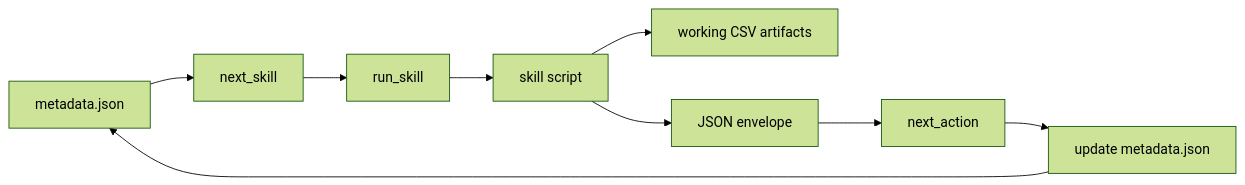
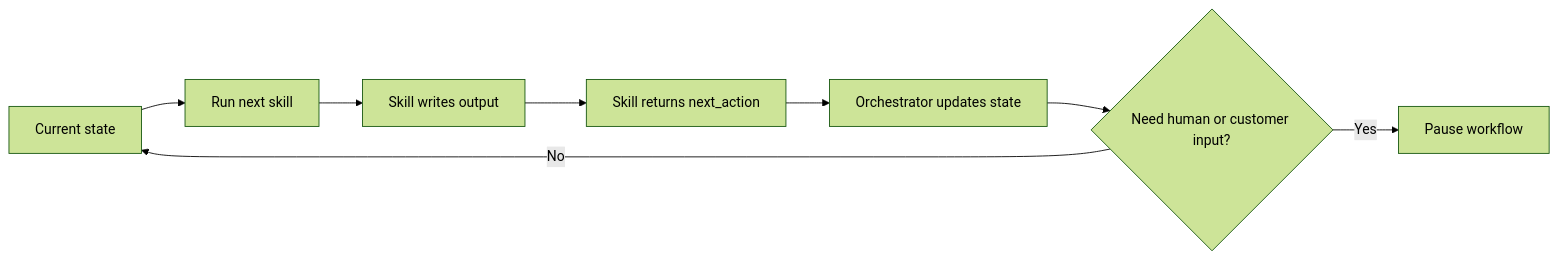
Before and after one commit to rsm-genai-2026/customer-ticket-process-rag: the diagram in slides/ticket-workflow-orchestration.qmd, drawn with Mermaid (forest theme). The commit also changed other lines of this file and 12 other files, not shown here.

````diff
--- a/slides/ticket-workflow-orchestration.qmd
+++ b/slides/ticket-workflow-orchestration.qmd
@@ -226,11 +401,10 @@
 ```mermaid
 flowchart LR
-  A[metadata.json] --> B[next_skill]
-  B --> C[run_skill]
-  C --> D[skill script]
-  D --> E[working CSV artifacts]
-  D --> F[JSON envelope]
-  F --> G[next_action]
-  G --> H[update metadata.json]
-  H --> A
+  A[Current state] --> B[Run next skill]
+  B --> C[Skill writes output]
+  C --> D[Skill returns next_action]
+  D --> E[Orchestrator updates state]
+  E --> F{Need human or customer input?}
+  F -->|No| A
+  F -->|Yes| G[Pause workflow]
 ```
````
